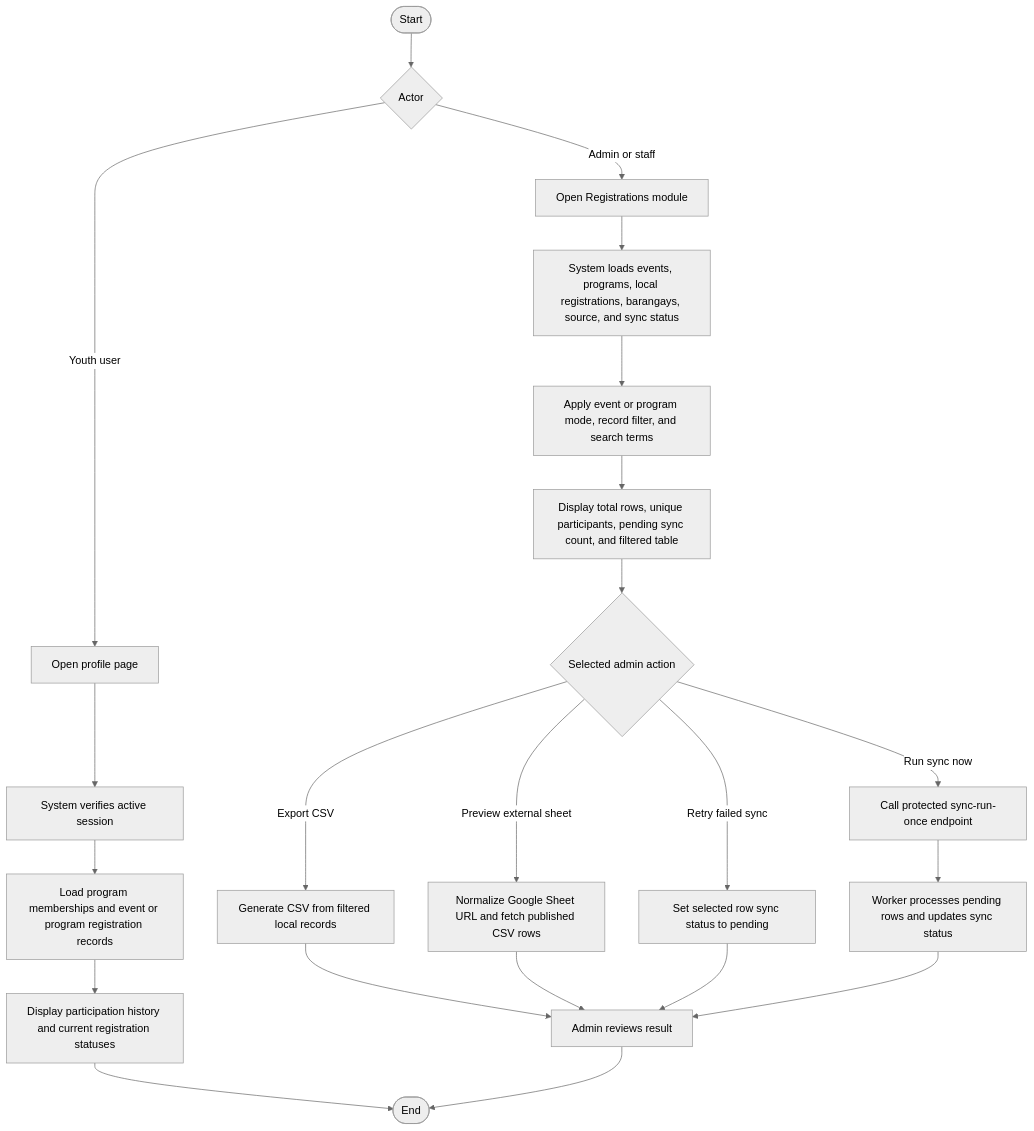
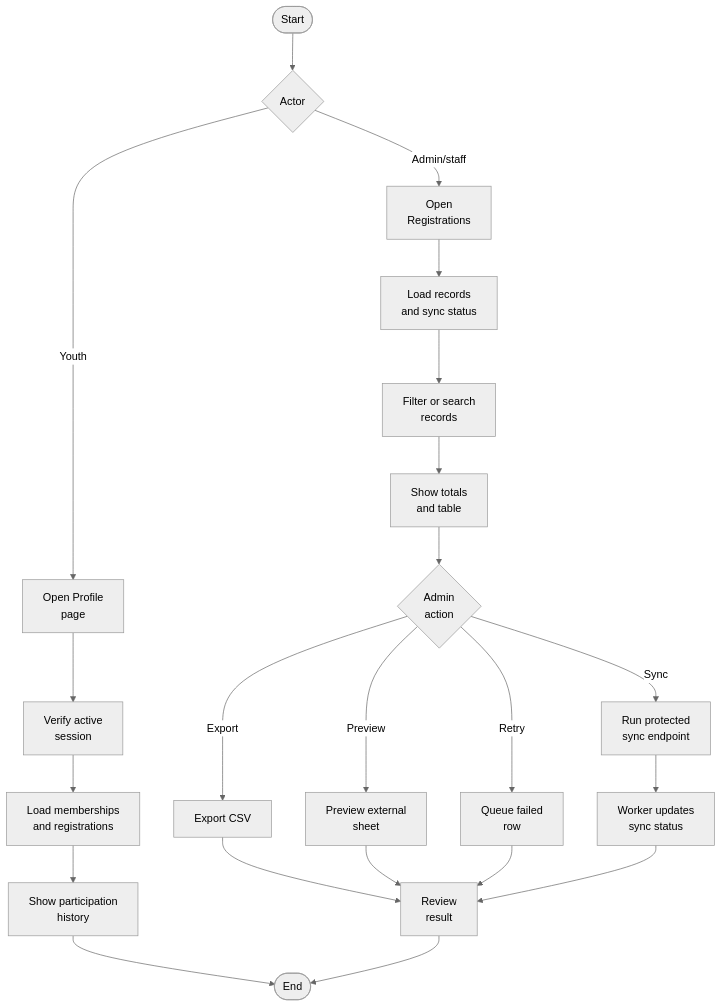
Before and after one commit to txiaoqt/activity_diagram: the fourth of 7 diagrams in 3.2.1-Activity-Diagram.md, drawn with Mermaid (neutral theme). The commit also changed other lines of this file, not shown here.

Commit message:
Improve activity diagram readability

````diff
--- a/3.2.1-Activity-Diagram.md
+++ b/3.2.1-Activity-Diagram.md
@@ -99,24 +100,25 @@
 ```mermaid
+%%{init: {"flowchart": {"htmlLabels": true, "nodeSpacing": 50, "rankSpacing": 55}} }%%
 flowchart TD
     A([Start]) --> B{Actor}
-    B -- Youth user --> C[Open profile page]
-    C --> D[System verifies active session]
-    D --> E[Load program memberships and event or program registration records]
-    E --> F[Display participation history and current registration statuses]
+    B -- Youth --> C["Open Profile<br/>page"]
+    C --> D["Verify active<br/>session"]
+    D --> E["Load memberships<br/>and registrations"]
+    E --> F["Show participation<br/>history"]
     F --> G([End])
-    B -- Admin or staff --> H[Open Registrations module]
-    H --> I[System loads events, programs, local registrations, barangays, source, and sync status]
-    I --> J[Apply event or program mode, record filter, and search terms]
-    J --> K[Display total rows, unique participants, pending sync count, and filtered table]
-    K --> L{Selected admin action}
-    L -- Export CSV --> M[Generate CSV from filtered local records]
-    L -- Preview external sheet --> N[Normalize Google Sheet URL and fetch published CSV rows]
-    L -- Retry failed sync --> O[Set selected row sync status to pending]
-    L -- Run sync now --> P[Call protected sync-run-once endpoint]
-    P --> Q[Worker processes pending rows and updates sync status]
-    M --> R[Admin reviews result]
+    B -- Admin/staff --> H["Open<br/>Registrations"]
+    H --> I["Load records<br/>and sync status"]
+    I --> J["Filter or search<br/>records"]
+    J --> K["Show totals<br/>and table"]
+    K --> L{"Admin<br/>action"}
+    L -- Export --> M["Export CSV"]
+    L -- Preview --> N["Preview external<br/>sheet"]
+    L -- Retry --> O["Queue failed<br/>row"]
+    L -- Sync --> P["Run protected<br/>sync endpoint"]
+    P --> Q["Worker updates<br/>sync status"]
+    M --> R["Review<br/>result"]
     N --> R
     O --> R
     Q --> R
     R --> G
 ```
````
